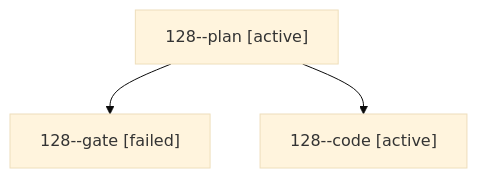
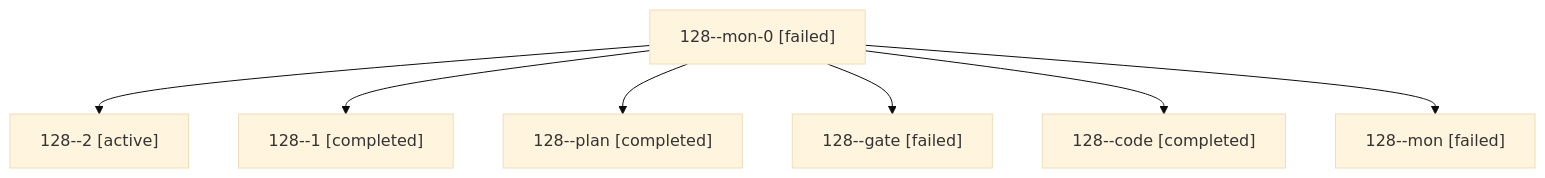
One commit to bobs-org/bob-cli--agents changed the diagram in sessions/bbugyi200.athena.128.md. Above: the diagram before and after it, drawn with Mermaid (base theme). The commit also changed other lines of this file and 37 other files, not shown here.

````diff
--- a/sessions/bbugyi200.athena.128.md
+++ b/sessions/bbugyi200.athena.128.md
@@ -9,8 +9,16 @@
 ```mermaid
 flowchart TD
-  n0["128--plan [active]"]
-  n1["128--gate [failed]"]
+  n0["128--mon-0 [failed]"]
+  n1["128--2 [active]"]
   n0 --> n1
-  n2["128--code [active]"]
+  n2["128--1 [completed]"]
   n0 --> n2
+  n3["128--plan [completed]"]
+  n0 --> n3
+  n4["128--gate [failed]"]
+  n0 --> n4
+  n5["128--code [completed]"]
+  n0 --> n5
+  n6["128--mon [failed]"]
+  n0 --> n6
 ```
````
